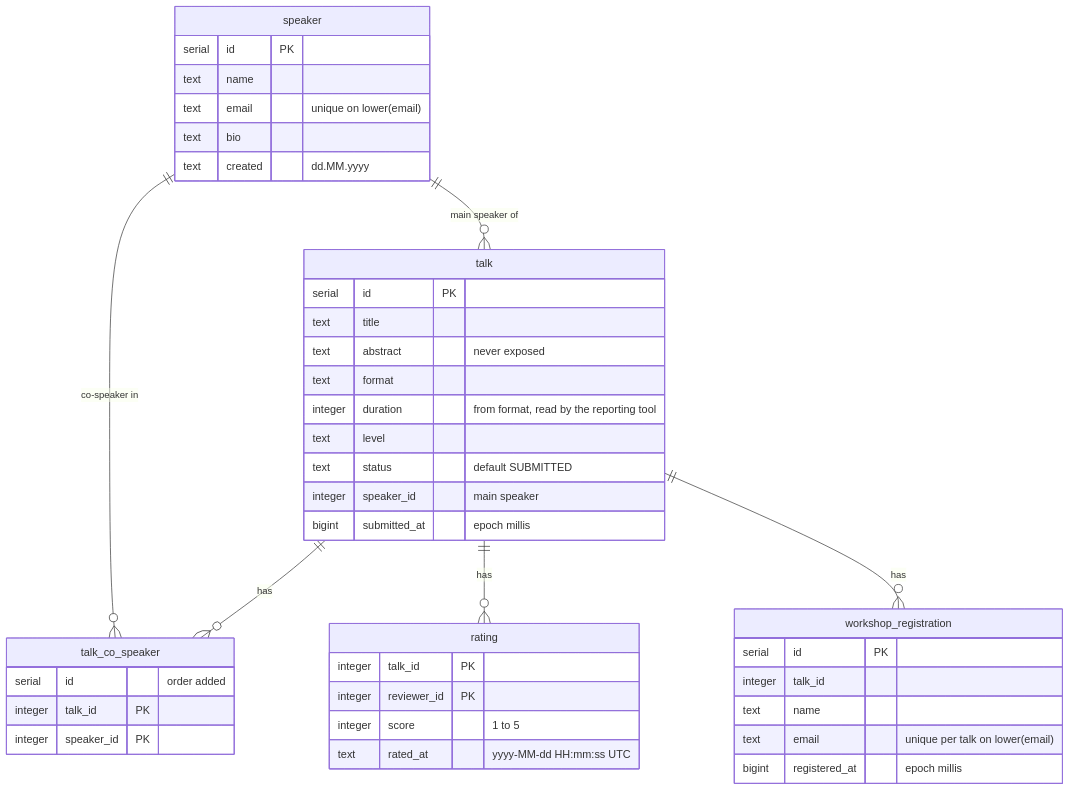
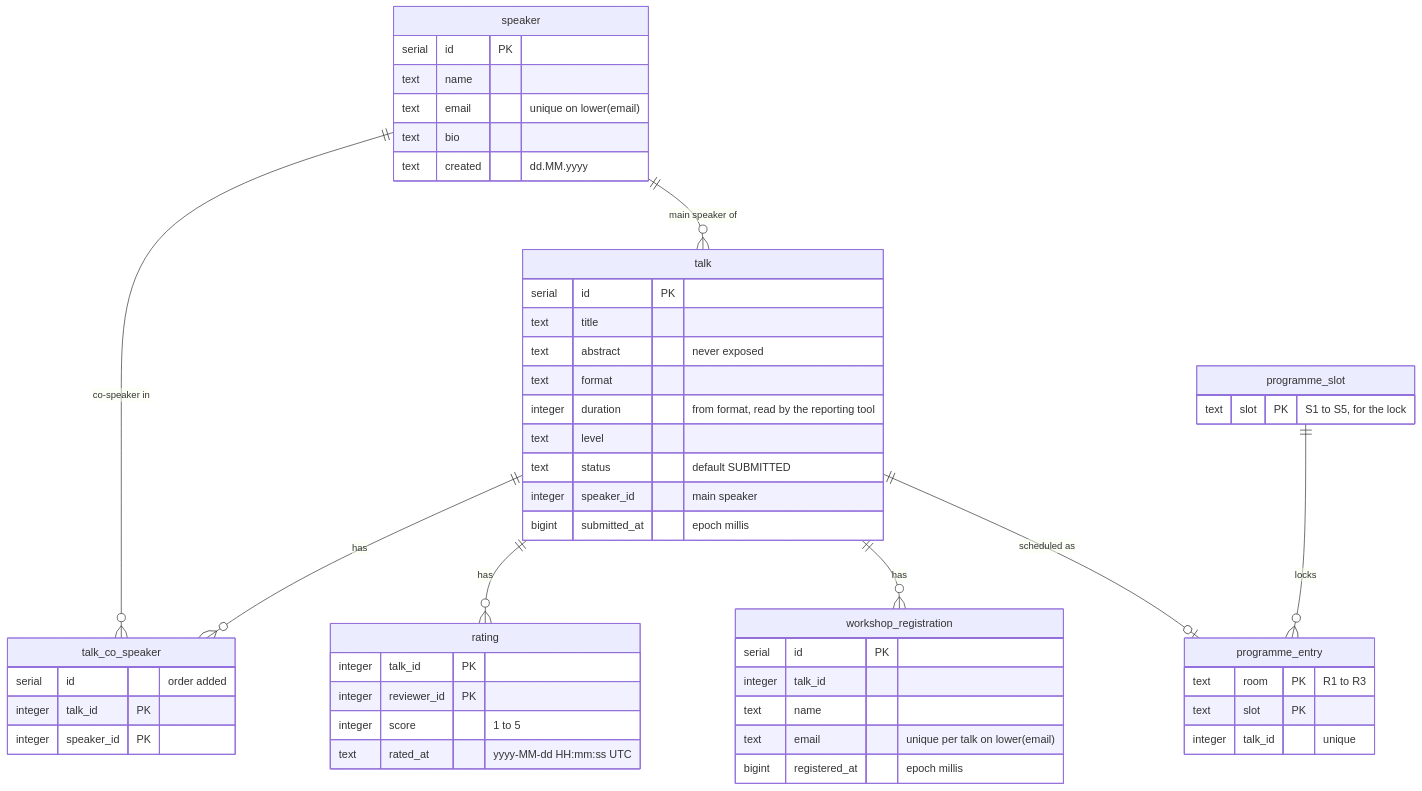
Before and after one commit to Scienta/team-4: the third of 5 diagrams in docs/domain-model.md, drawn with Mermaid. The commit also changed other lines of this file and 1 other file, not shown here.

Commit message:
Docs: programme in the domain model diagrams and ADR 1

````diff
--- a/docs/domain-model.md
+++ b/docs/domain-model.md
@@ -145,45 +179,55 @@
 ```mermaid
 erDiagram
     speaker ||--o{ talk : "main speaker of"
     speaker ||--o{ talk_co_speaker : "co-speaker in"
     talk ||--o{ talk_co_speaker : has
     talk ||--o{ rating : has
     talk ||--o{ workshop_registration : has
+    talk ||--o| programme_entry : "scheduled as"
+    programme_slot ||--o{ programme_entry : "locks"
 
     speaker {
         serial id PK
         text name
         text email "unique on lower(email)"
         text bio
         text created "dd.MM.yyyy"
     }
     talk {
         serial id PK
         text title
         text abstract "never exposed"
         text format
         integer duration "from format, read by the reporting tool"
         text level
         text status "default SUBMITTED"
         integer speaker_id "main speaker"
         bigint submitted_at "epoch millis"
     }
     talk_co_speaker {
         serial id "order added"
         integer talk_id PK
         integer speaker_id PK
     }
     rating {
         integer talk_id PK
         integer reviewer_id PK
         integer score "1 to 5"
         text rated_at "yyyy-MM-dd HH:mm:ss UTC"
     }
     workshop_registration {
         serial id PK
         integer talk_id
         text name
         text email "unique per talk on lower(email)"
         bigint registered_at "epoch millis"
     }
+    programme_slot {
+        text slot PK "S1 to S5, for the lock"
+    }
+    programme_entry {
+        text room PK "R1 to R3"
+        text slot PK
+        integer talk_id "unique"
+    }
 ```
````
